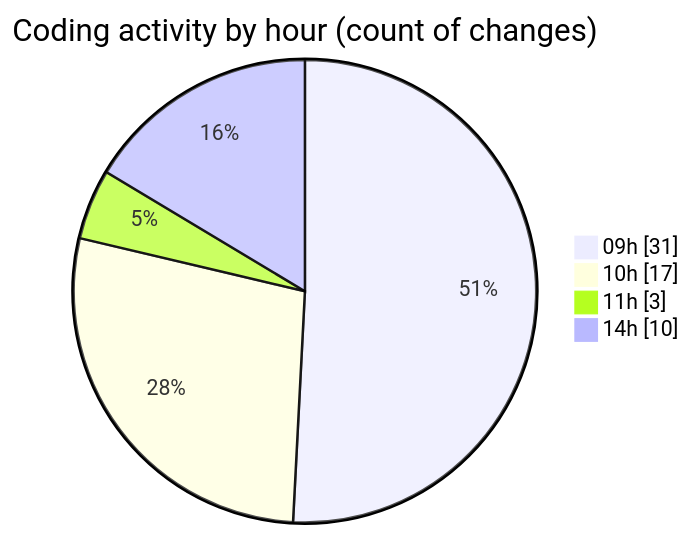
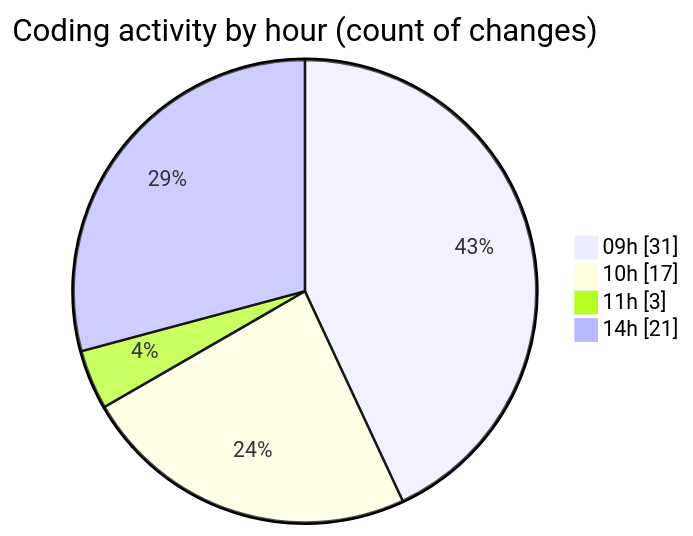
Before and after one commit to robertbonfada/code-tracking: the second of 2 diagrams in 2025-03-05/termonied_testador/README.md, drawn with Mermaid. The commit also changed other lines of this file and 1 other file, not shown here.

````diff
--- a/2025-03-05/termonied_testador/README.md
+++ b/2025-03-05/termonied_testador/README.md
@@ -38,8 +40,8 @@
 ```mermaid
 pie showData
 title Coding activity by hour (count of changes)
 "09h" : 31
 "10h" : 17
 "11h" : 3
-"14h" : 10
+"14h" : 21
 ```
````
